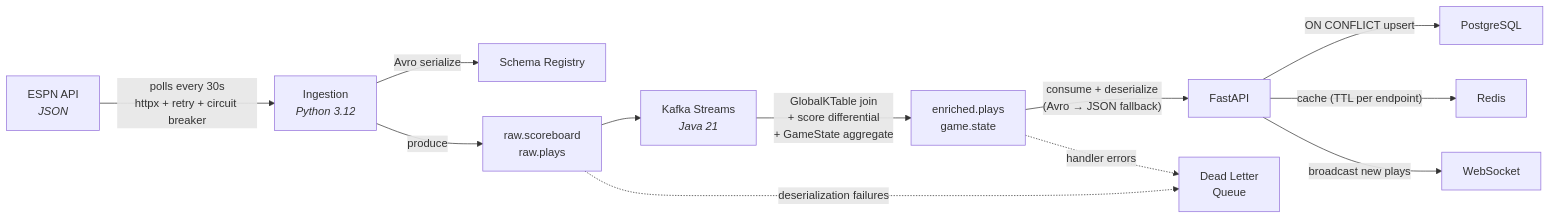
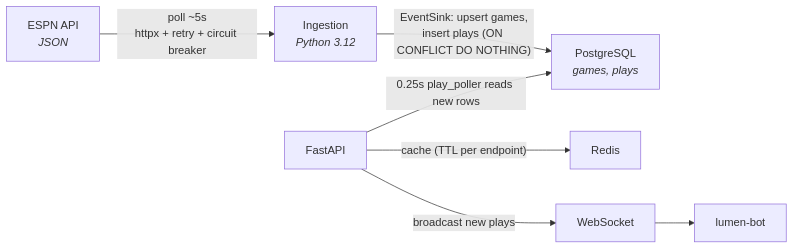
The diagram in README.md (untitled114/lunara-sports), drawn with Mermaid before and after one commit. The commit also changed other lines of this file, not shown here.

First line of the commit message:
docs: rewrite README architecture for the single-event-path OCI backend

````diff
--- a/README.md
+++ b/README.md
@@ -57,26 +57,17 @@
 ```mermaid
 flowchart LR
     ESPN["ESPN API<br/><i>JSON</i>"]
     ING["Ingestion<br/><i>Python 3.12</i>"]
-    SR["Schema Registry"]
-    K1["raw.scoreboard<br/>raw.plays"]
-    KS["Kafka Streams<br/><i>Java 21</i>"]
-    K2["enriched.plays<br/>game.state"]
+    PG["PostgreSQL<br/><i>games, plays</i>"]
     API["FastAPI"]
-    PG["PostgreSQL"]
     RD["Redis"]
     WS["WebSocket"]
-    DLQ["Dead Letter<br/>Queue"]
+    LUM["lumen-bot"]
 
-    ESPN -- "polls every 30s<br/>httpx + retry + circuit breaker" --> ING
-    ING -- "Avro serialize" --> SR
-    ING -- "produce" --> K1
-    K1 --> KS
-    KS -- "GlobalKTable join<br/>+ score differential<br/>+ GameState aggregate" --> K2
-    K2 -- "consume + deserialize<br/>(Avro → JSON fallback)" --> API
-    API -- "ON CONFLICT upsert" --> PG
+    ESPN -- "poll ~5s<br/>httpx + retry + circuit breaker" --> ING
+    ING -- "EventSink: upsert games,<br/>insert plays (ON CONFLICT DO NOTHING)" --> PG
+    API -- "0.25s play_poller reads new rows" --> PG
     API -- "cache (TTL per endpoint)" --> RD
     API -- "broadcast new plays" --> WS
-    K1 -. "deserialization failures" .-> DLQ
-    K2 -. "handler errors" .-> DLQ
+    WS --> LUM
 ```
````
